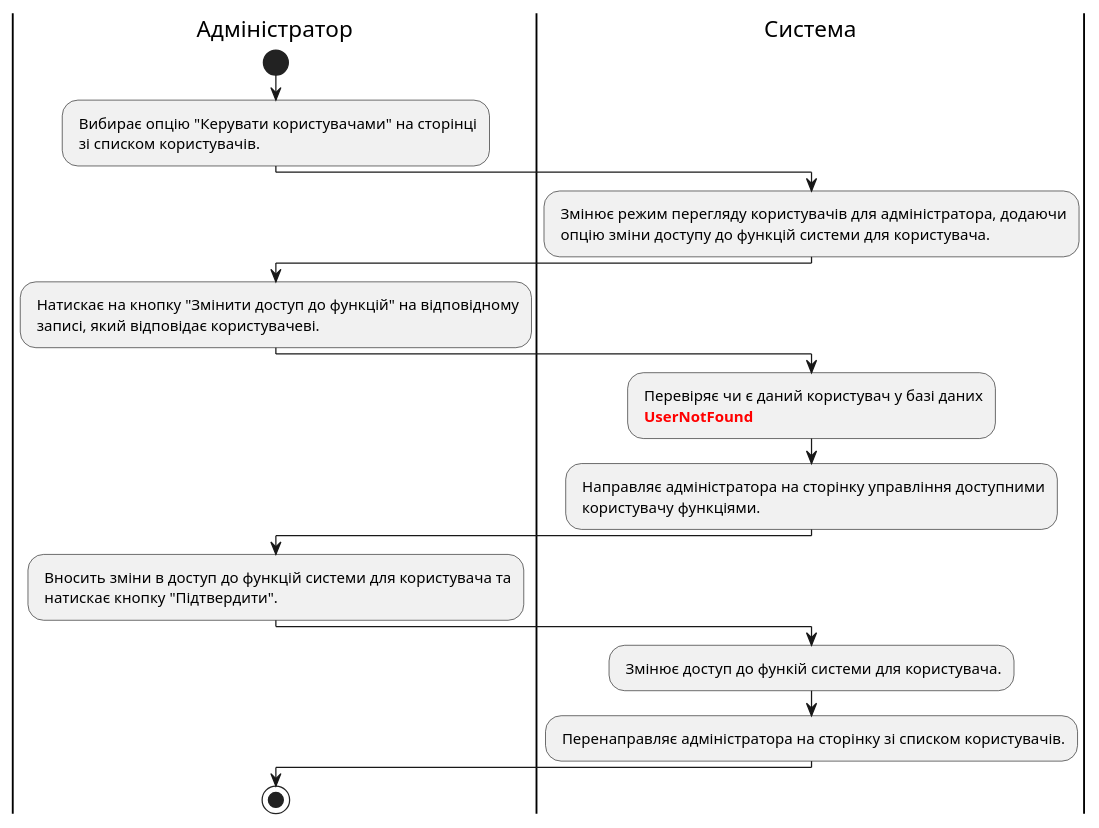
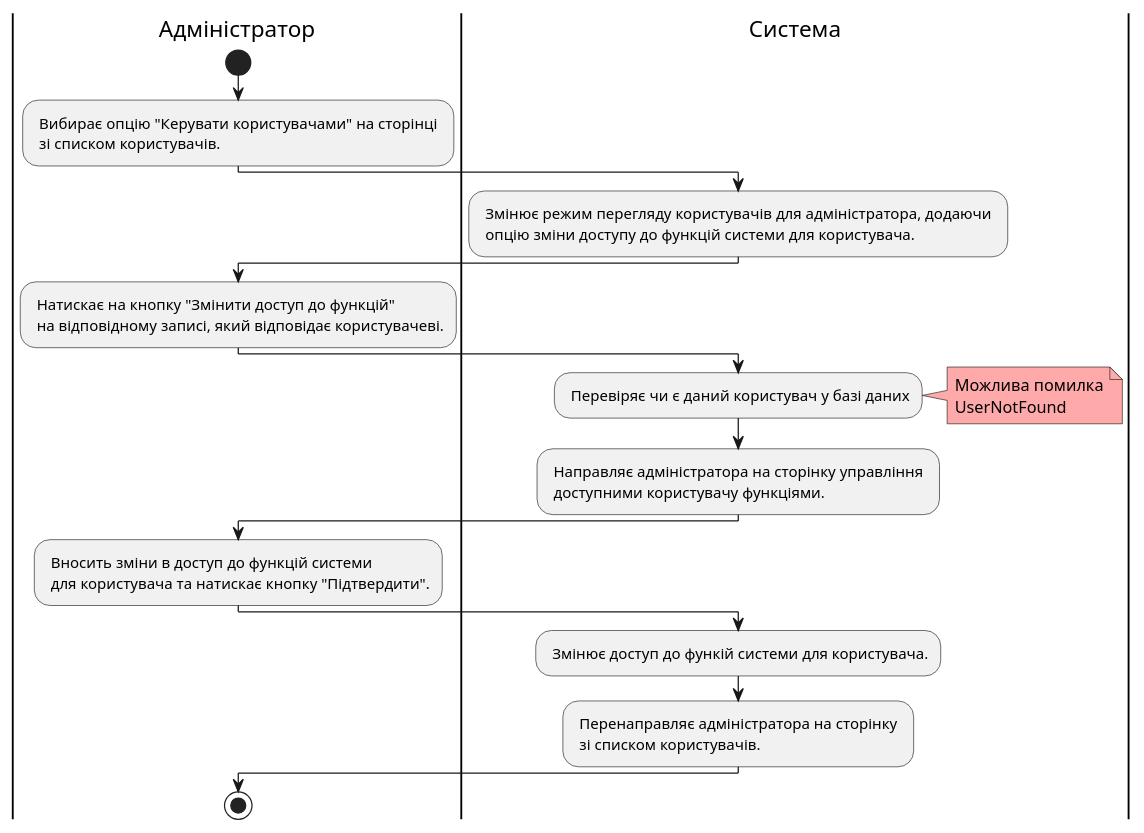
One commit to stvake/database_group2 changed diagram 12 of 14 in docs/use cases/README.md. Above: the diagram before and after it, drawn with PlantUML. The commit also changed other lines of this file, not shown here.

```diff
--- a/docs/use cases/README.md
+++ b/docs/use cases/README.md
@@ -513,35 +543,31 @@
 @startuml
 
     |Адміністратор|
     start;
-    : Вибирає опцію "Керувати користувачами" на сторінці
-     зі списком користувачів.;
+    : Вибирає опцію "Керувати користувачами" на сторінці \n зі списком користувачів.;
 
     |Система|
-    : Змінює режим перегляду користувачів для адміністратора, додаючи 
-     опцію зміни доступу до функцій системи для користувача.;
+    : Змінює режим перегляду користувачів для адміністратора, додаючи \n опцію зміни доступу до функцій системи для користувача.;
 
     |Адміністратор|
-    : Натискає на кнопку "Змінити доступ до функцій" на відповідному 
-     записі, який відповідає користувачеві.;
+    : Натискає на кнопку "Змінити доступ до функцій" \n на відповідному записі, який відповідає користувачеві.;
 
     |Система|
-    : Перевіряє чи є даний користувач у базі даних
-    <font color="red"><b> UserNotFound;
-
-    : Направляє адміністратора на сторінку управління доступними 
-     користувачу функціями.;
+    : Перевіряє чи є даний користувач у базі даних;
+    note right #ffaaaa
+        Можлива помилка
+        UserNotFound
+    end note
+    : Направляє адміністратора на сторінку управління \n доступними користувачу функціями.;
 
     |Адміністратор|
-    : Вносить зміни в доступ до функцій системи для користувача та 
-     натискає кнопку "Підтвердити".;
+    : Вносить зміни в доступ до функцій системи \n для користувача та натискає кнопку "Підтвердити".;
  
     |Система|
     : Змінює доступ до функій системи для користувача.;
-
-    : Перенаправляє адміністратора на сторінку зі списком користувачів.;
+    : Перенаправляє адміністратора на сторінку \n зі списком користувачів.;
 
     |Адміністратор|
     stop;
 
 @enduml
```
